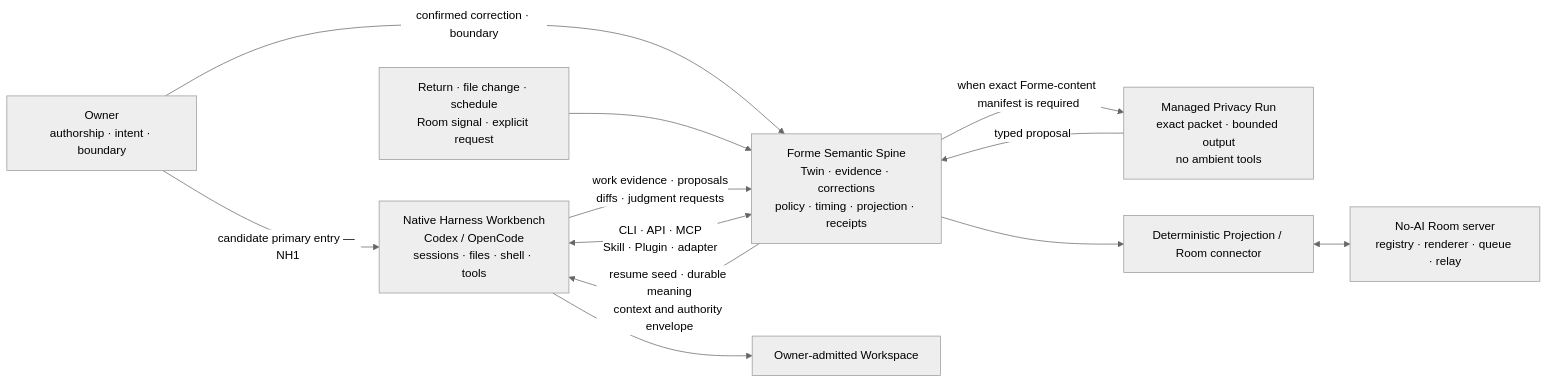
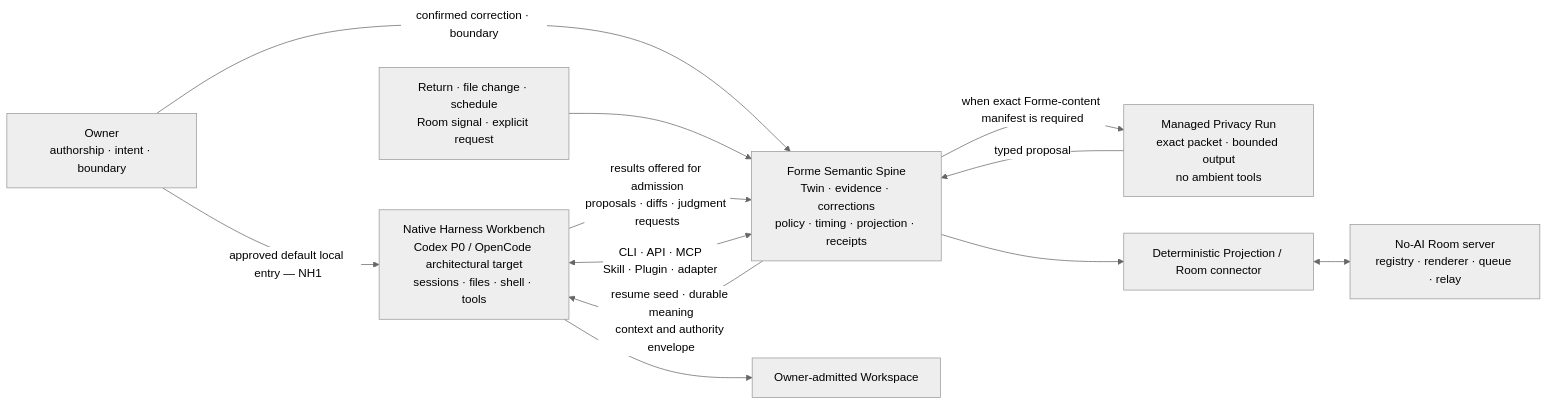
The diagram in docs/NATIVE-HARNESS-ARCHITECTURE.md (formehq/forme), drawn with Mermaid (neutral theme) before and after one commit. The commit also changed other lines of this file and 17 other files, not shown here.

Commit message:
Approve Native Harness choices and prepare T3

````diff
--- a/docs/NATIVE-HARNESS-ARCHITECTURE.md
+++ b/docs/NATIVE-HARNESS-ARCHITECTURE.md
@@ -66,18 +69,18 @@
 ```mermaid
 flowchart LR
-    Owner["Owner<br/>authorship · intent · boundary"] -->|"candidate primary entry — NH1"| Host["Native Harness Workbench<br/>Codex / OpenCode<br/>sessions · files · shell · tools"]
+    Owner["Owner<br/>authorship · intent · boundary"] -->|"approved default local entry — NH1"| Host["Native Harness Workbench<br/>Codex P0 / OpenCode architectural target<br/>sessions · files · shell · tools"]
     Owner -->|"confirmed correction · boundary"| Core
 
     Signals["Return · file change · schedule<br/>Room signal · explicit request"] --> Core["Forme Semantic Spine<br/>Twin · evidence · corrections<br/>policy · timing · projection · receipts"]
 
     Core -->|"resume seed · durable meaning<br/>context and authority envelope"| Host
-    Host -->|"work evidence · proposals<br/>diffs · judgment requests"| Core
+    Host -->|"results offered for admission<br/>proposals · diffs · judgment requests"| Core
     Host <-->|"CLI · API · MCP<br/>Skill · Plugin · adapter"| Core
 
     Core -->|"when exact Forme-content manifest is required"| PrivateRun["Managed Privacy Run<br/>exact packet · bounded output<br/>no ambient tools"]
     PrivateRun -->|"typed proposal"| Core
 
     Host --> Workspace["Owner-admitted Workspace"]
     Core --> Connector["Deterministic Projection / Room connector"]
     Connector <--> Server["No-AI Room server<br/>registry · renderer · queue · relay"]
 ```
````
